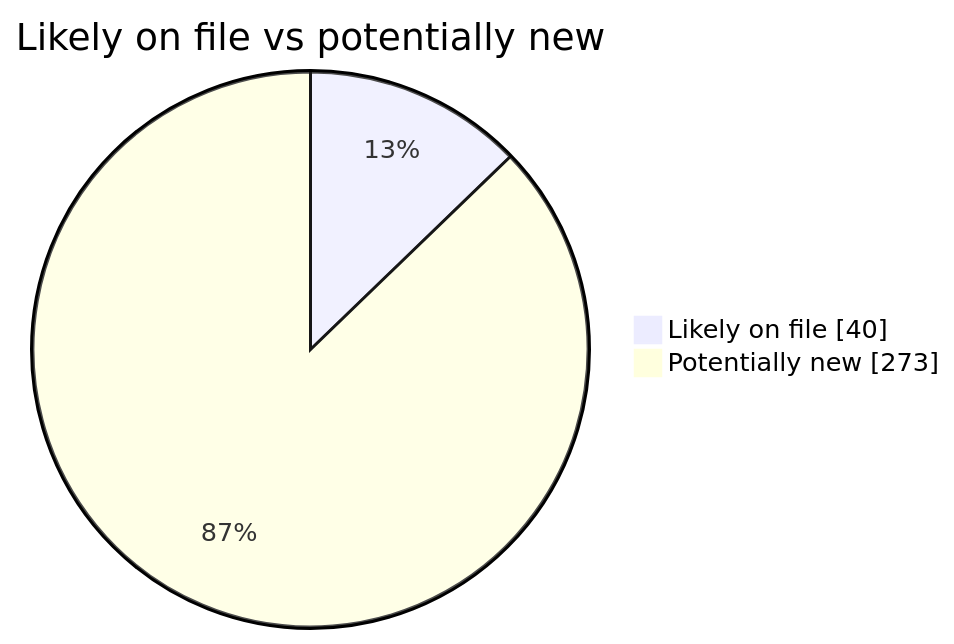
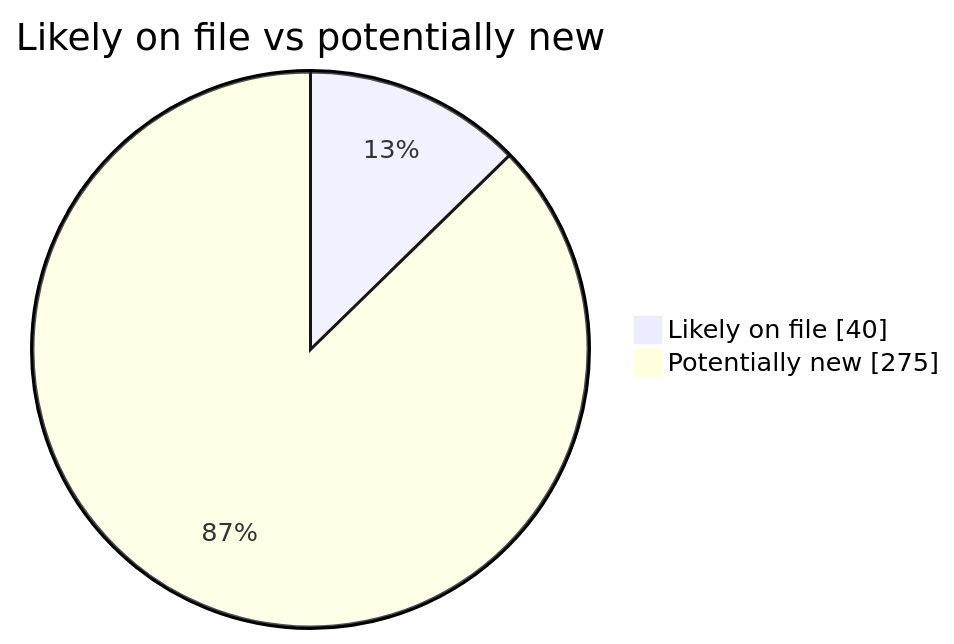
The second of 4 diagrams in README.md (martinbalfanz/social-scanner-reports), drawn with Mermaid before and after one commit. The commit also changed other lines of this file and 2 other files, not shown here.

````diff
--- a/README.md
+++ b/README.md
@@ -40,5 +40,5 @@
 ```mermaid
 pie showData title Likely on file vs potentially new
     "Likely on file" : 40
-    "Potentially new" : 273
+    "Potentially new" : 275
 ```
````
